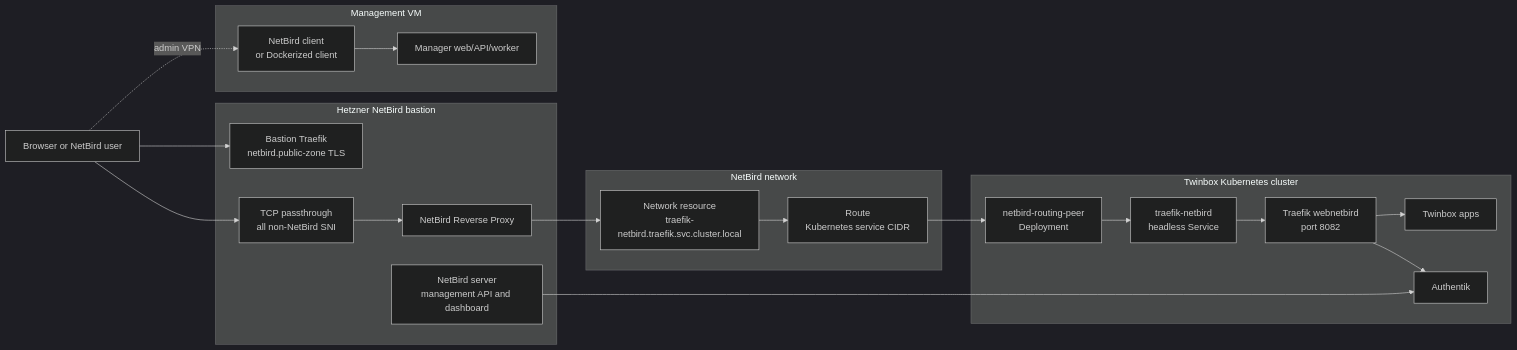
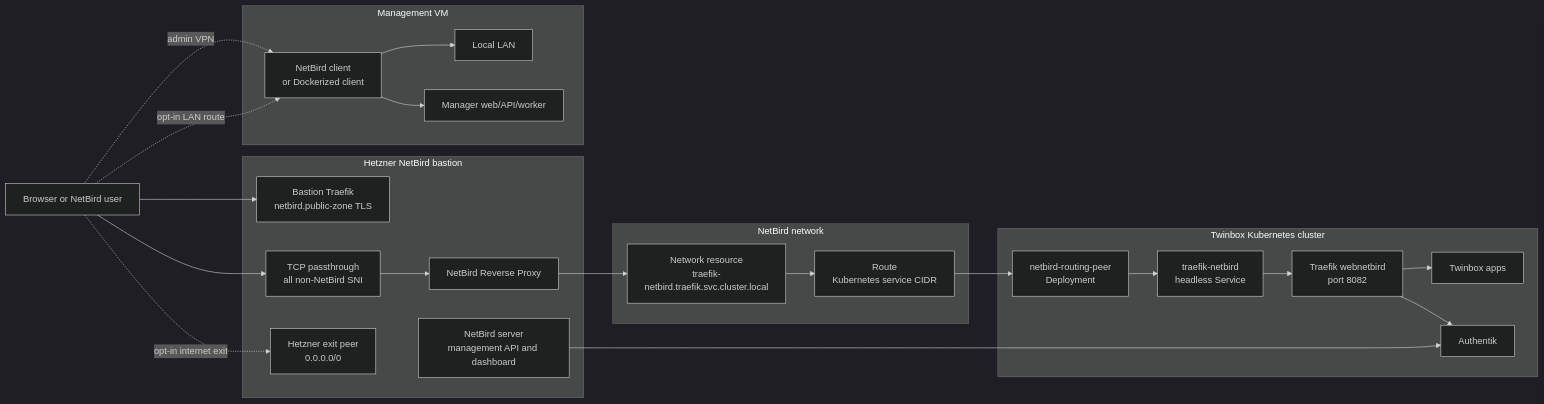
Before and after one commit to harrywesterman/Twinbox: the first of 2 diagrams in docs/netbird.md, drawn with Mermaid (dark theme). The commit also changed other lines of this file and 7 other files, not shown here.

````diff
--- a/docs/netbird.md
+++ b/docs/netbird.md
@@ -24,43 +27,48 @@
 ```mermaid
 flowchart LR
     user["Browser or NetBird user"]
 
     subgraph bastion["Hetzner NetBird bastion"]
         tls["Bastion Traefik\nnetbird.public-zone TLS"]
         passthrough["TCP passthrough\nall non-NetBird SNI"]
         proxy["NetBird Reverse Proxy"]
+        exitpeer["Hetzner exit peer\n0.0.0.0/0"]
         server["NetBird server\nmanagement API and dashboard"]
     end
 
     subgraph nb["NetBird network"]
         resource["Network resource\ntraefik-netbird.traefik.svc.cluster.local"]
         route["Route\nKubernetes service CIDR"]
     end
 
     subgraph cluster["Twinbox Kubernetes cluster"]
         peer["netbird-routing-peer\nDeployment"]
         svc["traefik-netbird\nheadless Service"]
         traefik["Traefik webnetbird\nport 8082"]
         apps["Twinbox apps"]
         authentik["Authentik"]
     end
 
     subgraph mgmt["Management VM"]
         mgmtpeer["NetBird client\nor Dockerized client"]
+        lan["Local LAN"]
         manager["Manager web/API/worker"]
     end
 
     user --> tls
     user --> passthrough
     passthrough --> proxy
     proxy --> resource
     resource --> route
     route --> peer
     peer --> svc
     svc --> traefik
     traefik --> apps
     traefik --> authentik
     server --> authentik
     user -. admin VPN .-> mgmtpeer
     mgmtpeer --> manager
+    user -. opt-in LAN route .-> mgmtpeer
+    mgmtpeer --> lan
+    user -. opt-in internet exit .-> exitpeer
 ```
````
